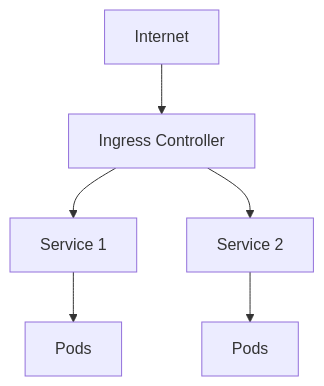
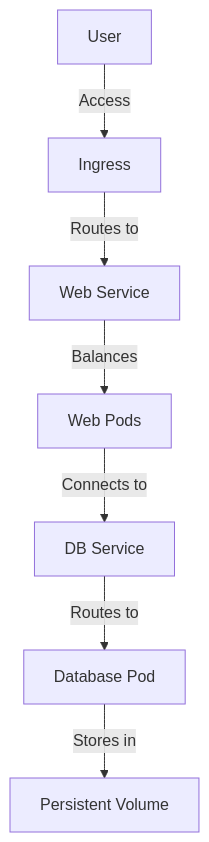
The third of 4 diagrams in apps-standalone/ayokoding-web/content/en/learn/crash-courses/swe/stacks/infra/kubernetes/basics.md (wahidyankf/oss), drawn with Mermaid before and after one commit. The commit also changed other lines of this file and 40 other files, not shown here.

````diff
--- a/apps-standalone/ayokoding-web/content/en/learn/crash-courses/swe/stacks/infra/kubernetes/basics.md
+++ b/apps-standalone/ayokoding-web/content/en/learn/crash-courses/swe/stacks/infra/kubernetes/basics.md
@@ -348,8 +361,9 @@
 ```mermaid
-flowchart TD
-    A[Internet] --> B[Ingress Controller]
-    B --> C[Service 1]
-    B --> D[Service 2]
-    C --> E[Pods]
-    D --> F[Pods]
+graph TD
+    A[User] -->|Access| B[Ingress]
+    B -->|Routes to| C[Web Service]
+    C -->|Balances| D[Web Pods]
+    D -->|Connects to| E[DB Service]
+    E -->|Routes to| F[Database Pod]
+    F -->|Stores in| G[Persistent Volume]
 ```
````
